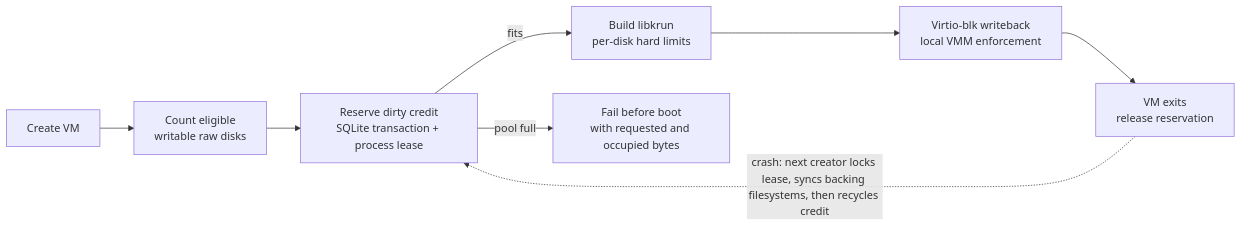
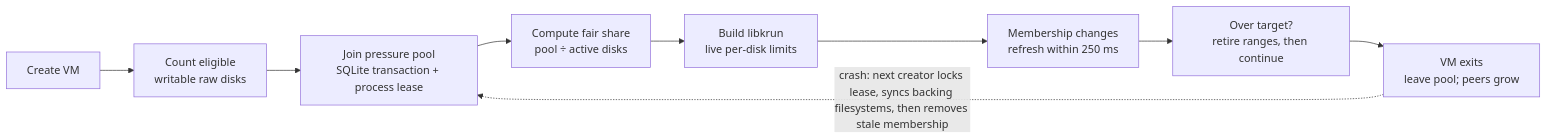
Before and after one commit to A-Archives-and-Forks/microsandbox: the second of 2 diagrams in docs/optimization/overview.mdx, drawn with Mermaid. The commit also changed other lines of this file and 10 other files, not shown here.

First line of the commit message:
feat(runtime): share writeback pressure live (#1301)

````diff
--- a/docs/optimization/overview.mdx
+++ b/docs/optimization/overview.mdx
@@ -195,10 +195,11 @@
 ```mermaid
 flowchart LR
     A["Create VM"] --> B["Count eligible<br/>writable raw disks"]
-    B --> C["Reserve dirty credit<br/>SQLite transaction + process lease"]
-    C -->|"fits"| D["Build libkrun<br/>per-disk hard limits"]
-    C -->|"pool full"| E["Fail before boot<br/>with requested and occupied bytes"]
-    D --> F["Virtio-blk writeback<br/>local VMM enforcement"]
-    F --> G["VM exits<br/>release reservation"]
-    G -. "crash: next creator locks lease, syncs backing filesystems, then recycles credit" .-> C
+    B --> C["Join pressure pool<br/>SQLite transaction + process lease"]
+    C --> D["Compute fair share<br/>pool ÷ active disks"]
+    D --> E["Build libkrun<br/>live per-disk limits"]
+    E --> F["Membership changes<br/>refresh within 250 ms"]
+    F --> G["Over target?<br/>retire ranges, then continue"]
+    G --> H["VM exits<br/>leave pool; peers grow"]
+    H -. "crash: next creator locks lease, syncs backing filesystems, then removes stale membership" .-> C
 ```
````
